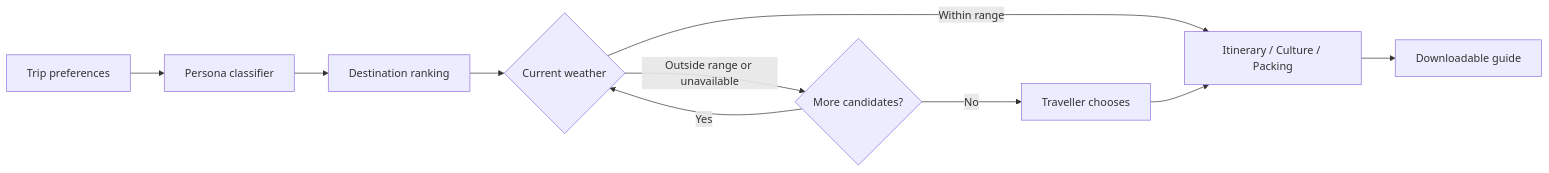
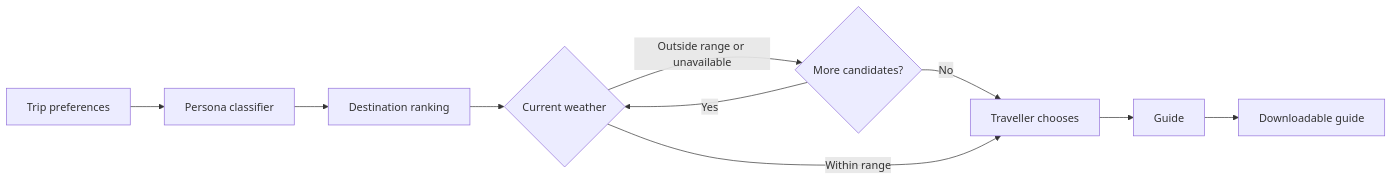
Before and after one commit to madhumitha-gv/Multi-Agent-Travel-Discovery-Planner: the diagram in README.md, drawn with Mermaid. The commit also changed other lines of this file and 15 other files, not shown here.

````diff
--- a/README.md
+++ b/README.md
@@ -17,12 +17,12 @@
 ```mermaid
 flowchart LR
   Input[Trip preferences] --> Persona[Persona classifier]
   Persona --> Rank[Destination ranking]
   Rank --> Weather{Current weather}
   Weather -->|Outside range or unavailable| Next{More candidates?}
   Next -->|Yes| Weather
   Next -->|No| Choice[Traveller chooses]
-  Weather -->|Within range| Guide[Itinerary / Culture / Packing]
+  Weather -->|Within range| Choice
   Choice --> Guide
   Guide --> Download[Downloadable guide]
 ```
````
